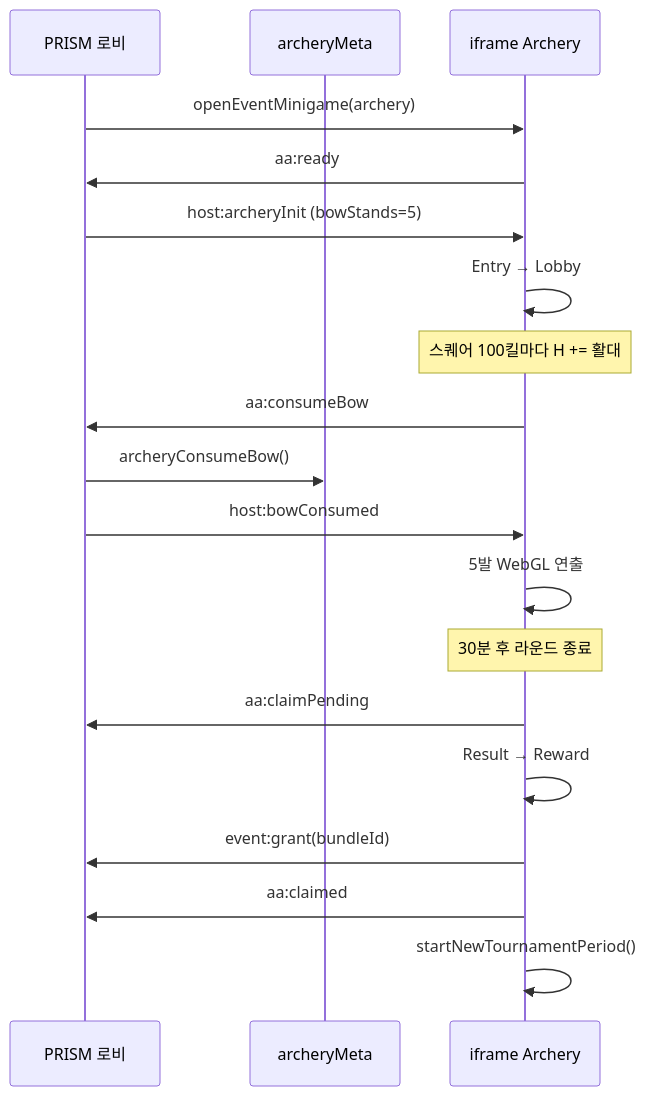
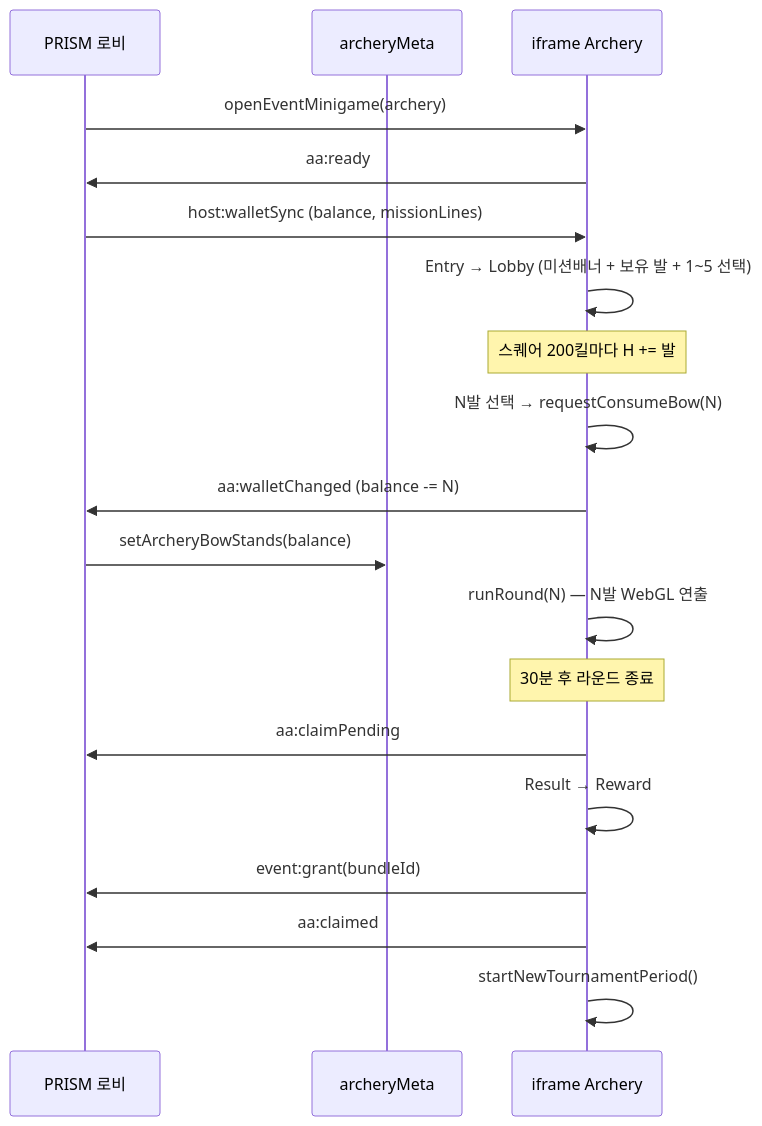
One commit to maxunsanity/PRISM-SQUAD changed the diagram in mdv4_generator/sources/archery_arena/HANDOFF_archery_arena_v4.md. Above: the diagram before and after it, drawn with Mermaid. The commit also changed other lines of this file and 261 other files, not shown here.

````diff
--- a/mdv4_generator/sources/archery_arena/HANDOFF_archery_arena_v4.md
+++ b/mdv4_generator/sources/archery_arena/HANDOFF_archery_arena_v4.md
@@ -130,22 +130,22 @@
 ```mermaid
 sequenceDiagram
   participant L as PRISM 로비
   participant H as archeryMeta
   participant I as iframe Archery
 
   L->>I: openEventMinigame(archery)
   I->>L: aa:ready
-  L->>I: host:archeryInit (bowStands=5)
-  I->>I: Entry → Lobby
-  Note over I: 스퀘어 100킬마다 H += 활대
-  I->>L: aa:consumeBow
-  L->>H: archeryConsumeBow()
-  L->>I: host:bowConsumed
-  I->>I: 5발 WebGL 연출
+  L->>I: host:walletSync (balance, missionLines)
+  I->>I: Entry → Lobby (미션배너 + 보유 발 + 1~5 선택)
+  Note over I: 스퀘어 200킬마다 H += 발
+  I->>I: N발 선택 → requestConsumeBow(N)
+  I->>L: aa:walletChanged (balance -= N)
+  L->>H: setArcheryBowStands(balance)
+  I->>I: runRound(N) — N발 WebGL 연출
   Note over I: 30분 후 라운드 종료
   I->>L: aa:claimPending
   I->>I: Result → Reward
   I->>L: event:grant(bundleId)
   I->>L: aa:claimed
   I->>I: startNewTournamentPeriod()
 ```
````
